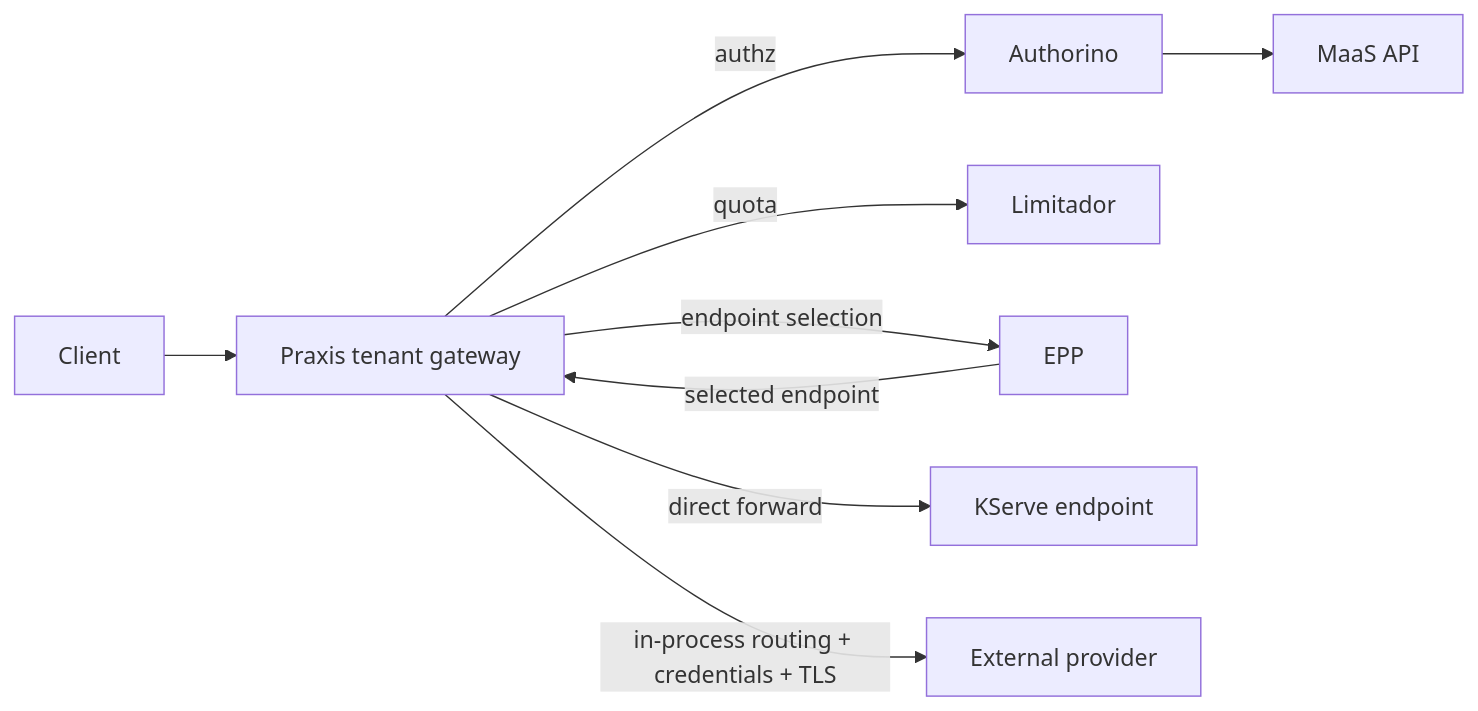
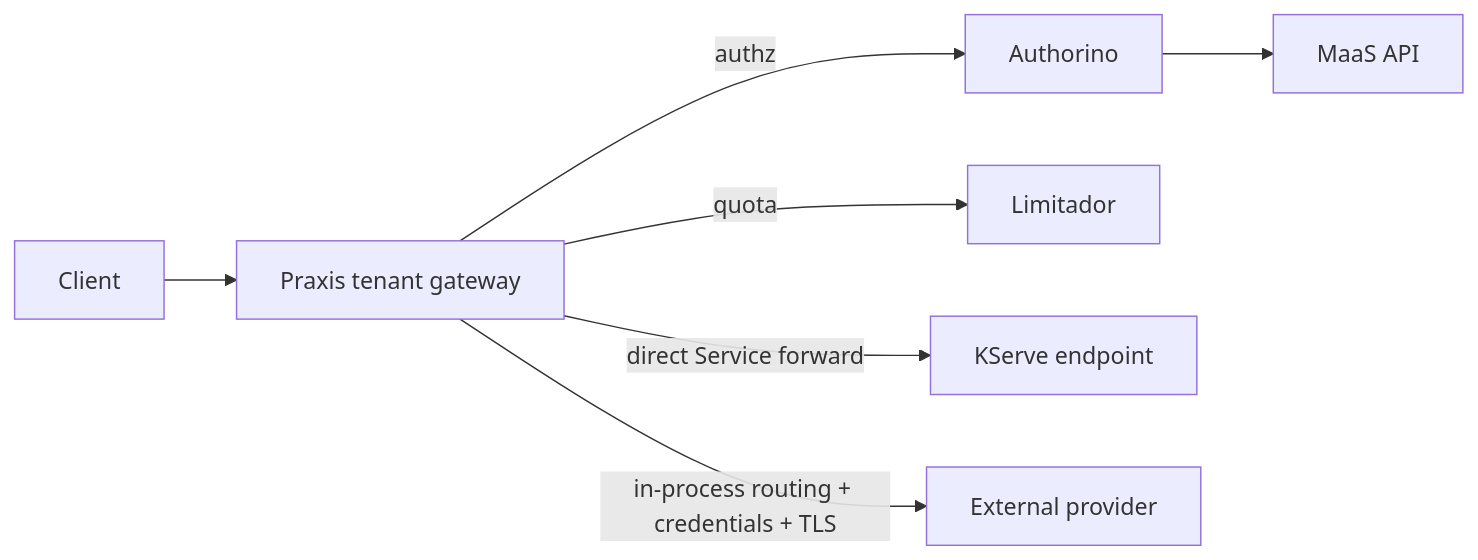
One commit to nerdalert/praxis-research-spikes changed the second of 4 diagrams in research/praxis-maas-v3-data-path-spike.md. Above: the diagram before and after it, drawn with Mermaid. The commit also changed other lines of this file, not shown here.

Commit message:
docs: focus MaaS V3 on default KServe path

````diff
--- a/research/praxis-maas-v3-data-path-spike.md
+++ b/research/praxis-maas-v3-data-path-spike.md
@@ -122,11 +126,9 @@
 ```mermaid
 flowchart LR
   C[Client] --> P[Praxis tenant gateway]
   P -->|authz| A[Authorino]
   A --> M[MaaS API]
   P -->|quota| L[Limitador]
-  P -->|endpoint selection| E[EPP]
-  E -->|selected endpoint| P
-  P -->|direct forward| K[KServe endpoint]
+  P -->|direct Service forward| K[KServe endpoint]
   P -->|in-process routing + credentials + TLS| X[External provider]
 ```
````
